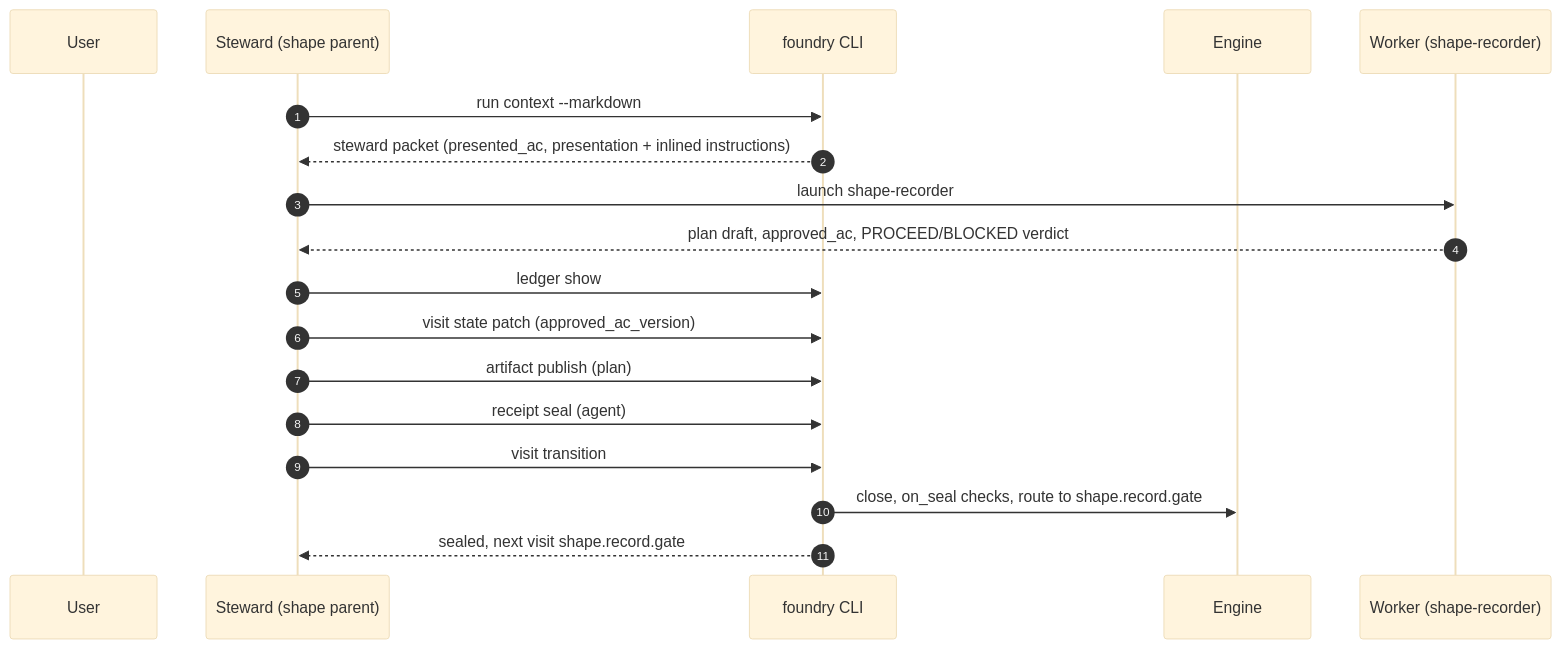
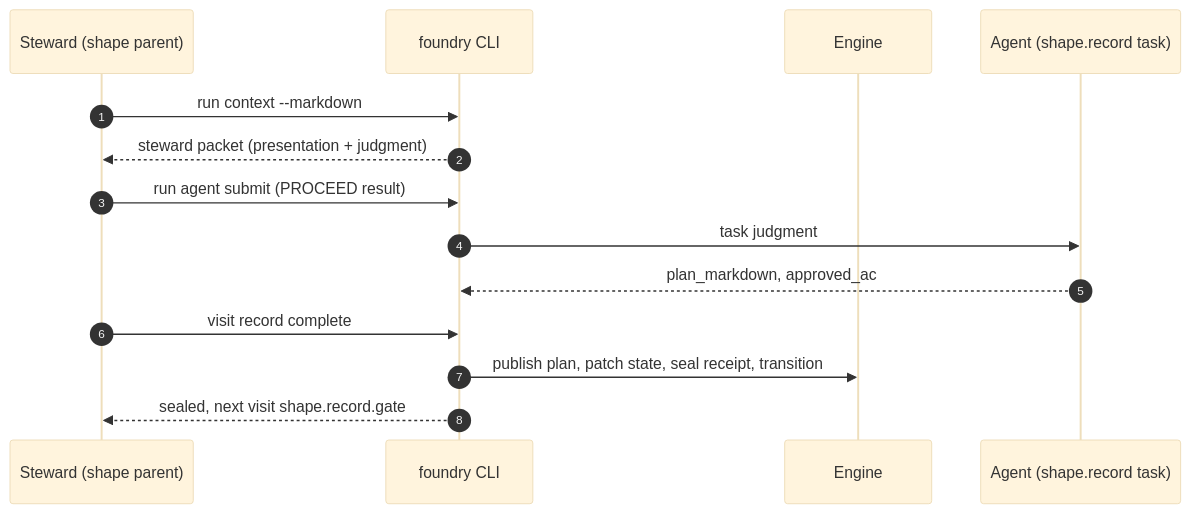
Before and after one commit to burtlo/foundry: the second of 2 diagrams in docs/nodes/shape.record.md, drawn with Mermaid (base theme). The commit also changed other lines of this file and 36 other files, not shown here.

First line of the commit message:
Move shape.record to judgment + visit record complete.

````diff
--- a/docs/nodes/shape.record.md
+++ b/docs/nodes/shape.record.md
@@ -66,23 +66,19 @@
 ```mermaid
 sequenceDiagram
   autonumber
-  participant U as User
   participant S as Steward (shape parent)
   participant CLI as foundry CLI
   participant E as Engine
-  participant W as Worker (shape-recorder)
+  participant W as Agent (shape.record task)
 
   S->>CLI: run context --markdown
-  CLI-->>S: steward packet (presented_ac, presentation + inlined instructions)
+  CLI-->>S: steward packet (presentation + judgment)
 
-  S->>W: launch shape-recorder
-  W-->>S: plan draft, approved_ac, PROCEED/BLOCKED verdict
+  S->>CLI: run agent submit (PROCEED result)
+  CLI->>W: task judgment
+  W-->>CLI: plan_markdown, approved_ac
 
-  S->>CLI: ledger show
-  S->>CLI: visit state patch (approved_ac_version)
-  S->>CLI: artifact publish (plan)
-  S->>CLI: receipt seal (agent)
-  S->>CLI: visit transition
-  CLI->>E: close, on_seal checks, route to shape.record.gate
+  S->>CLI: visit record complete
+  CLI->>E: publish plan, patch state, seal receipt, transition
   CLI-->>S: sealed, next visit shape.record.gate
 ```
````
